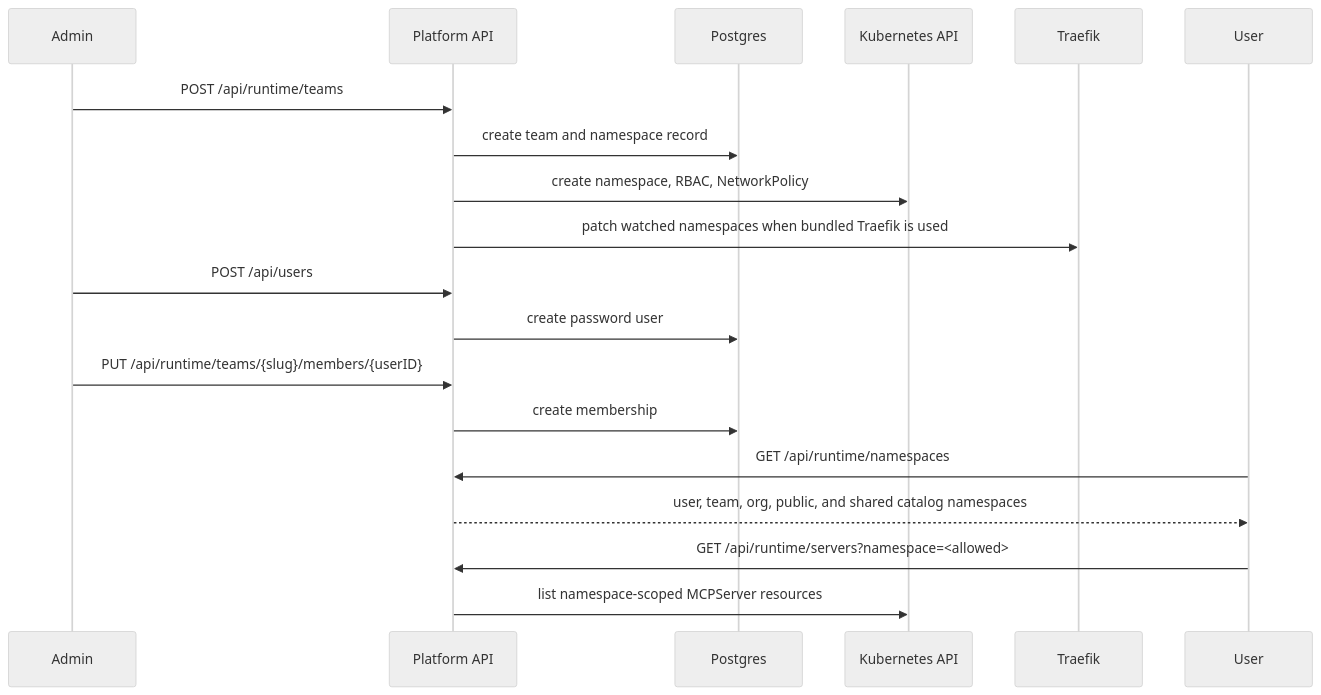
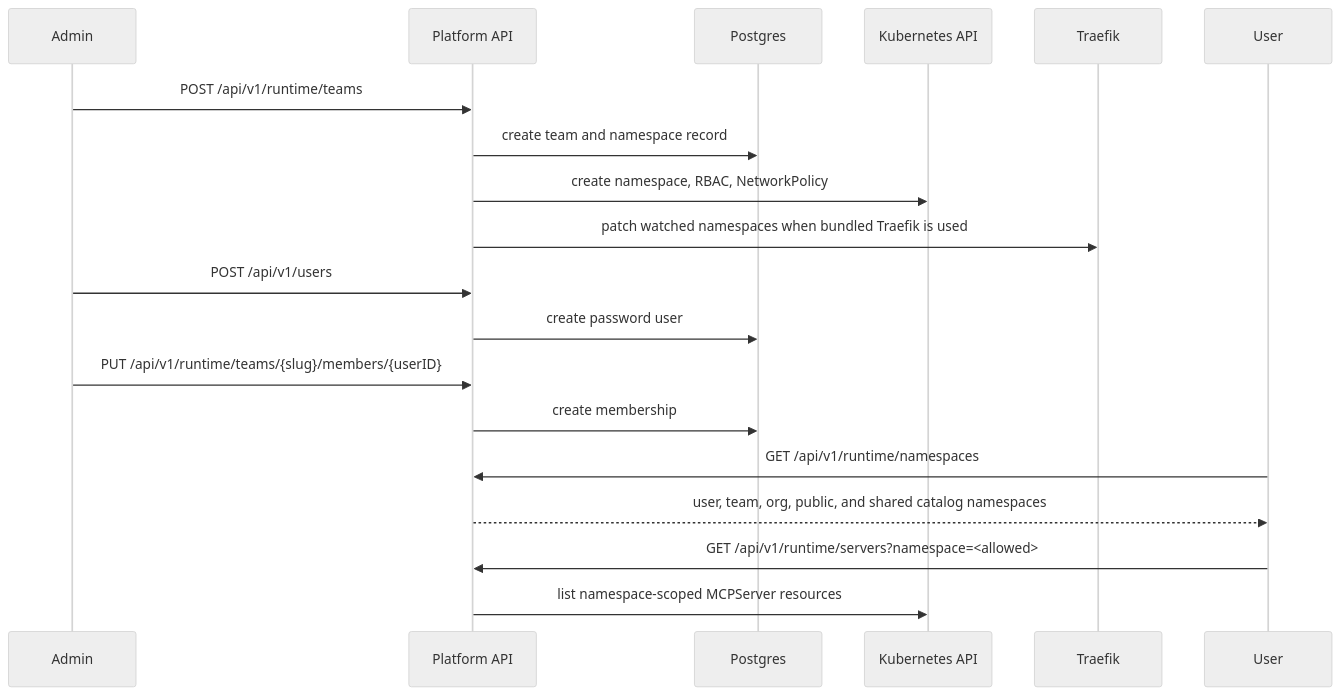
Before and after one commit to Agent-Hellboy/mcp-runtime: the eighth of 9 diagrams in docs/internals/request-flows.md, drawn with Mermaid (neutral theme). The commit also changed other lines of this file and 351 other files, not shown here.

First line of the commit message:
feat(sentinel): split mcp-sentinel-api into platform, runtime, and analytics services (#324)

````diff
--- a/docs/internals/request-flows.md
+++ b/docs/internals/request-flows.md
@@ -261,22 +263,22 @@
 ```mermaid
 sequenceDiagram
     participant Admin
     participant API as Platform API
     participant DB as Postgres
     participant K8s as Kubernetes API
     participant Traefik
     participant User
 
-    Admin->>API: POST /api/runtime/teams
+    Admin->>API: POST /api/v1/runtime/teams
     API->>DB: create team and namespace record
     API->>K8s: create namespace, RBAC, NetworkPolicy
     API->>Traefik: patch watched namespaces when bundled Traefik is used
-    Admin->>API: POST /api/users
+    Admin->>API: POST /api/v1/users
     API->>DB: create password user
-    Admin->>API: PUT /api/runtime/teams/{slug}/members/{userID}
+    Admin->>API: PUT /api/v1/runtime/teams/{slug}/members/{userID}
     API->>DB: create membership
-    User->>API: GET /api/runtime/namespaces
+    User->>API: GET /api/v1/runtime/namespaces
     API-->>User: user, team, org, public, and shared catalog namespaces
-    User->>API: GET /api/runtime/servers?namespace=<allowed>
+    User->>API: GET /api/v1/runtime/servers?namespace=<allowed>
     API->>K8s: list namespace-scoped MCPServer resources
 ```
````
